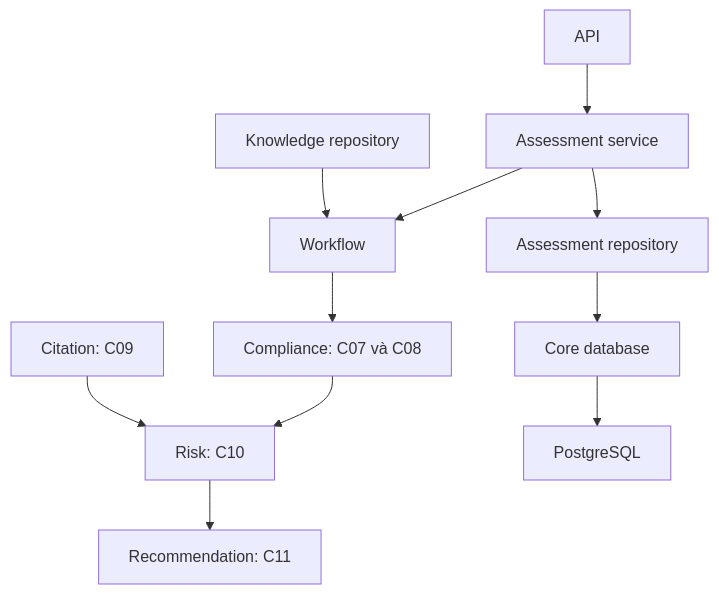
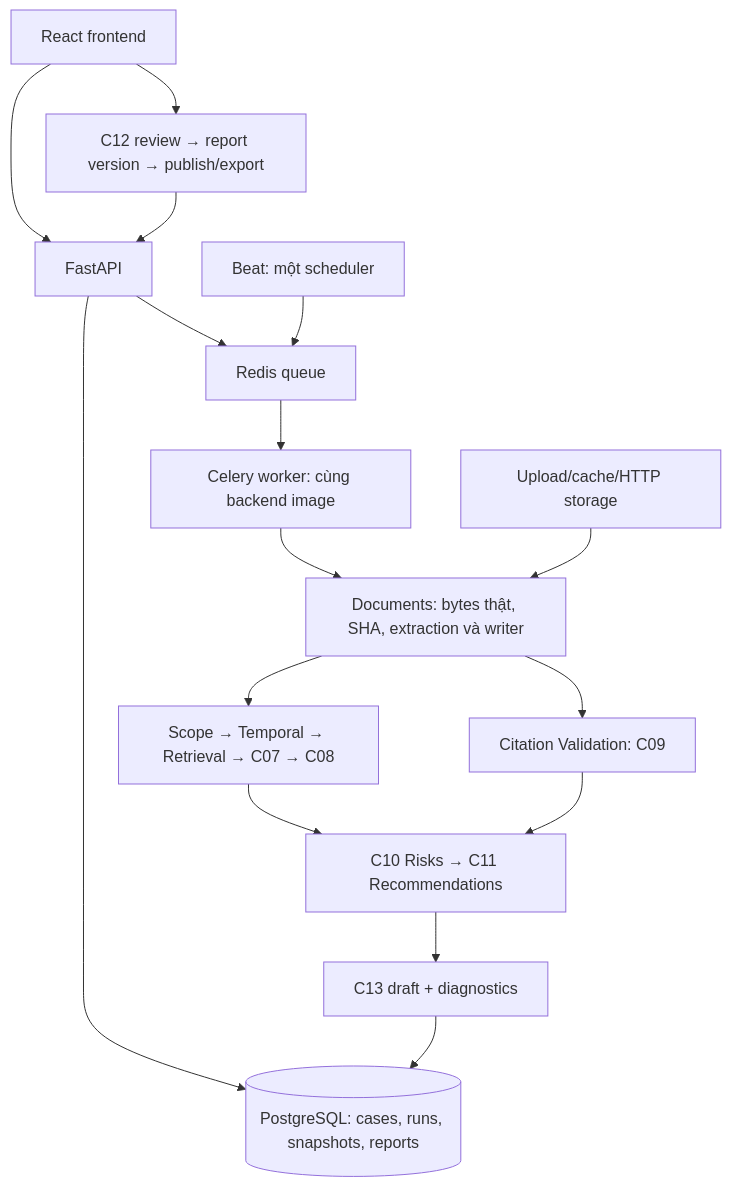
One commit to chiendz11/Legal-Ai-Compliance-Checker changed the diagram in docs/architecture/system_architecture.md. Above: the diagram before and after it, drawn with Mermaid. The commit also changed other lines of this file and 244 other files, not shown here.

````diff
--- a/docs/architecture/system_architecture.md
+++ b/docs/architecture/system_architecture.md
@@ -67,13 +12,18 @@
 ```mermaid
 flowchart TD
-    API[API] --> AS[Assessment service]
-    AS --> W[Workflow]
-    W --> C[Compliance: C07 và C08]
-    C --> R[Risk: C10]
-    CV[Citation: C09] --> R
-    R --> N[Recommendation: C11]
-    AS --> DB[Assessment repository]
-    DB --> CONN[Core database]
-    CONN --> SQL[PostgreSQL]
-    K[Knowledge repository] --> W
+    FE[React frontend] --> API[FastAPI]
+    API --> DB[(PostgreSQL: cases, runs, snapshots, reports)]
+    API --> Q[Redis queue]
+    B[Beat: một scheduler] --> Q
+    Q --> W[Celery worker: cùng backend image]
+    W --> D[Documents: bytes thật, SHA, extraction và writer]
+    D --> L[Scope → Temporal → Retrieval → C07 → C08]
+    D --> C[Citation Validation: C09]
+    L --> R[C10 Risks → C11 Recommendations]
+    C --> R
+    R --> P[C13 draft + diagnostics]
+    P --> DB
+    FE --> H[C12 review → report version → publish/export]
+    H --> API
+    S[Upload/cache/HTTP storage] --> D
 ```
````
